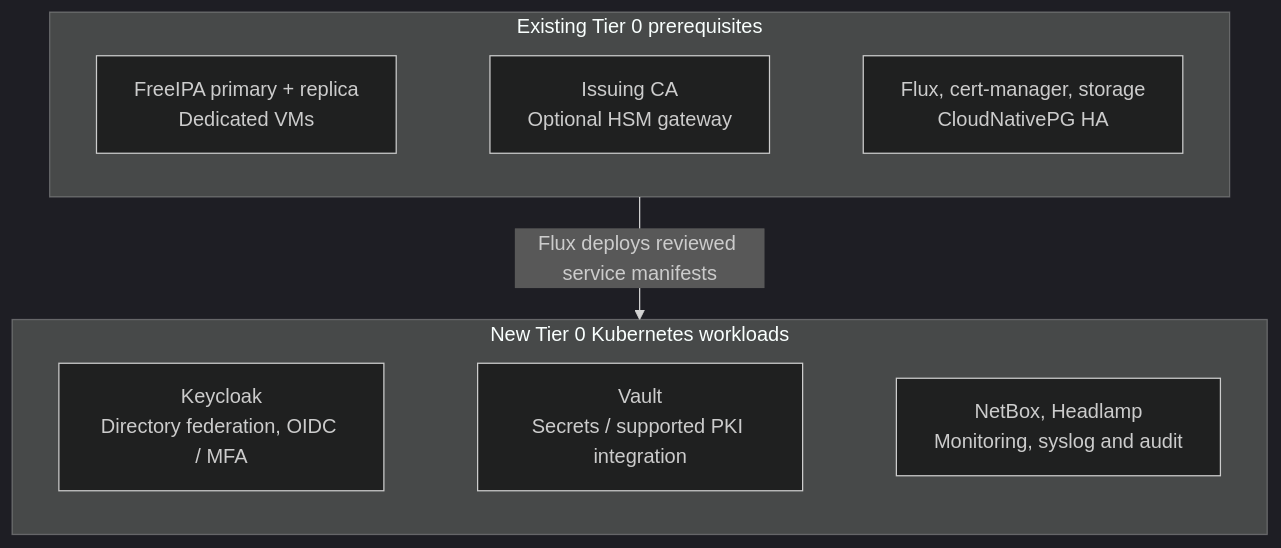
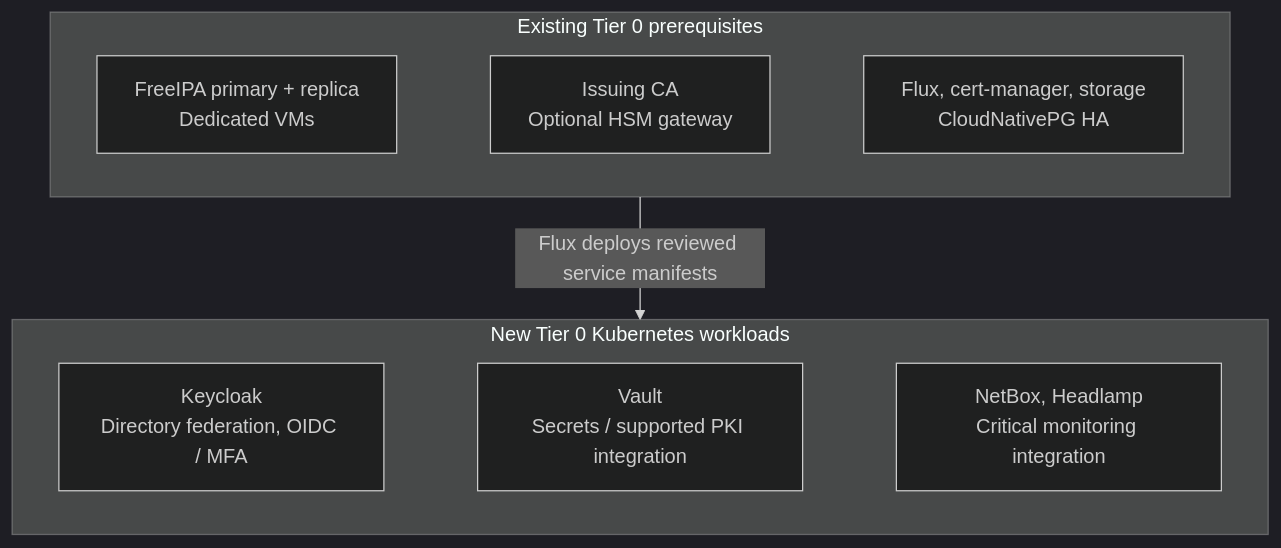
One commit to Rexus/homelab changed the diagram in docs/deployment/stage-4-control-services/README.md. Above: the diagram before and after it, drawn with Mermaid (dark theme). The commit also changed other lines of this file and 52 other files, not shown here.

````diff
--- a/docs/deployment/stage-4-control-services/README.md
+++ b/docs/deployment/stage-4-control-services/README.md
@@ -20,18 +20,18 @@
 ```mermaid
 flowchart TB
   subgraph Existing["Existing Tier 0 prerequisites"]
     direction LR
     Directory["FreeIPA primary + replica<br/>Dedicated VMs"]
     Issuer["Issuing CA<br/>Optional HSM gateway"]
     Base["Flux, cert-manager, storage<br/>CloudNativePG HA"]
     Directory ~~~ Issuer ~~~ Base
   end
   subgraph Added["New Tier 0 Kubernetes workloads"]
     direction LR
     Keycloak["Keycloak<br/>Directory federation, OIDC / MFA"]
     Vault["Vault<br/>Secrets / supported PKI integration"]
-    Ops["NetBox, Headlamp<br/>Monitoring, syslog and audit"]
+    Ops["NetBox, Headlamp<br/>Critical monitoring integration"]
     Keycloak ~~~ Vault ~~~ Ops
   end
   Existing -->|Flux deploys reviewed service manifests| Added
 ```
````
